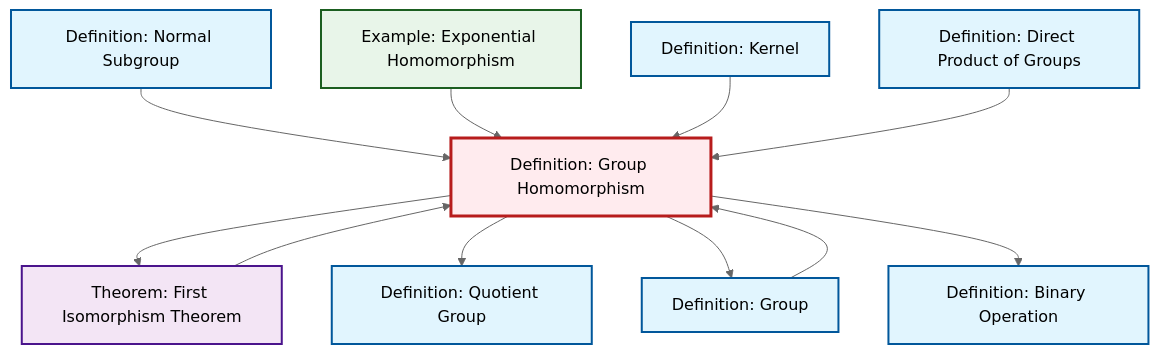
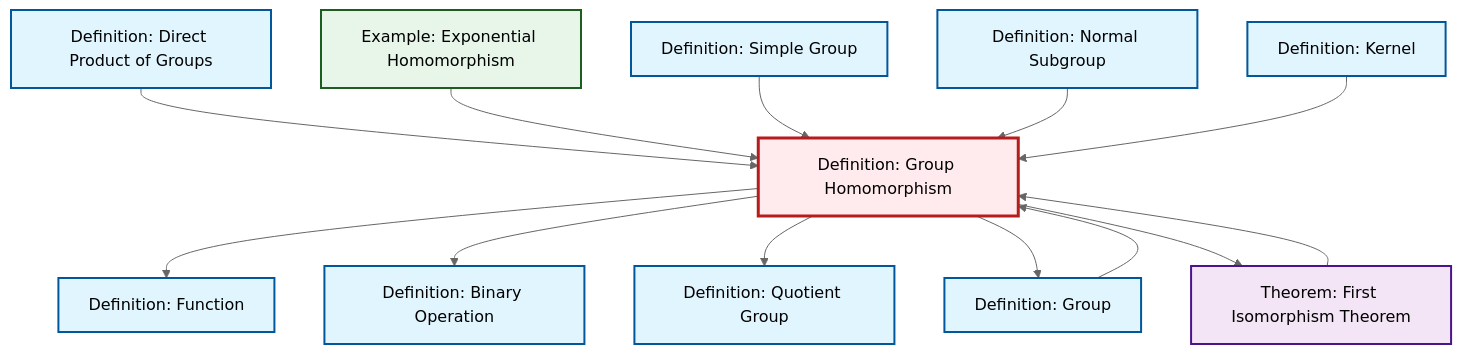
One commit to RK0429/ModernMath changed the diagram in content/ja/algebra/def-homomorphism.qmd. Above: the diagram before and after it, drawn with Mermaid (neutral theme). The commit also changed 554 other files, not shown here.

````diff
--- a/content/ja/algebra/def-homomorphism.qmd
+++ b/content/ja/algebra/def-homomorphism.qmd
@@ -66,37 +66,43 @@
 ```{mermaid}
 %%| fig-cap: "Local dependency graph"
 graph TD
     classDef definition fill:#e1f5fe,stroke:#01579b,stroke-width:2px
     classDef theorem fill:#f3e5f5,stroke:#4a148c,stroke-width:2px
     classDef axiom fill:#fff3e0,stroke:#e65100,stroke-width:2px
     classDef example fill:#e8f5e9,stroke:#1b5e20,stroke-width:2px
     classDef current fill:#ffebee,stroke:#b71c1c,stroke-width:3px
+    def-quotient-group["Definition: Quotient Group"]:::definition
+    ex-exponential-homomorphism["Example: Exponential Homomorphism"]:::example
+    def-direct-product["Definition: Direct Product of Groups"]:::definition
     def-kernel["Definition: Kernel"]:::definition
-    def-quotient-group["Definition: Quotient Group"]:::definition
+    def-simple-group["Definition: Simple Group"]:::definition
+    def-group["Definition: Group"]:::definition
+    def-binary-operation["Definition: Binary Operation"]:::definition
+    def-function["Definition: Function"]:::definition
+    def-homomorphism["Definition: Group Homomorphism"]:::definition
+    def-normal-subgroup["Definition: Normal Subgroup"]:::definition
     thm-first-isomorphism["Theorem: First Isomorphism Theorem"]:::theorem
-    def-group["Definition: Group"]:::definition
-    def-normal-subgroup["Definition: Normal Subgroup"]:::definition
-    def-binary-operation["Definition: Binary Operation"]:::definition
-    def-direct-product["Definition: Direct Product of Groups"]:::definition
-    ex-exponential-homomorphism["Example: Exponential Homomorphism"]:::example
-    def-homomorphism["Definition: Group Homomorphism"]:::definition
+    def-group --> def-homomorphism
+    def-direct-product --> def-homomorphism
+    def-homomorphism --> def-function
+    ex-exponential-homomorphism --> def-homomorphism
+    thm-first-isomorphism --> def-homomorphism
+    def-simple-group --> def-homomorphism
+    def-homomorphism --> def-binary-operation
+    def-homomorphism --> def-quotient-group
+    def-normal-subgroup --> def-homomorphism
+    def-homomorphism --> def-group
+    def-kernel --> def-homomorphism
     def-homomorphism --> thm-first-isomorphism
-    def-normal-subgroup --> def-homomorphism
-    def-group --> def-homomorphism
-    ex-exponential-homomorphism --> def-homomorphism
-    def-kernel --> def-homomorphism
-    def-direct-product --> def-homomorphism
-    thm-first-isomorphism --> def-homomorphism
-    def-homomorphism --> def-quotient-group
-    def-homomorphism --> def-group
-    def-homomorphism --> def-binary-operation
     class def-homomorphism current
+    click def-quotient-group "def-quotient-group.html" "Definition: Quotient Groupへ"
+    click ex-exponential-homomorphism "ex-exponential-homomorphism.html" "Example: Exponential Homomorphismへ"
+    click def-direct-product "def-direct-product.html" "Definition: Direct Product of Groupsへ"
     click def-kernel "def-kernel.html" "Definition: Kernelへ"
-    click def-quotient-group "def-quotient-group.html" "Definition: Quotient Groupへ"
+    click def-simple-group "def-simple-group.html" "Definition: Simple Groupへ"
+    click def-group "def-group.html" "Definition: Groupへ"
+    click def-binary-operation "def-binary-operation.html" "Definition: Binary Operationへ"
+    click def-function "def-function.html" "Definition: Functionへ"
+    click def-normal-subgroup "def-normal-subgroup.html" "Definition: Normal Subgroupへ"
     click thm-first-isomorphism "thm-first-isomorphism.html" "Theorem: First Isomorphism Theoremへ"
-    click def-group "def-group.html" "Definition: Groupへ"
-    click def-normal-subgroup "def-normal-subgroup.html" "Definition: Normal Subgroupへ"
-    click def-binary-operation "def-binary-operation.html" "Definition: Binary Operationへ"
-    click def-direct-product "def-direct-product.html" "Definition: Direct Product of Groupsへ"
-    click ex-exponential-homomorphism "ex-exponential-homomorphism.html" "Example: Exponential Homomorphismへ"
 ```
````
